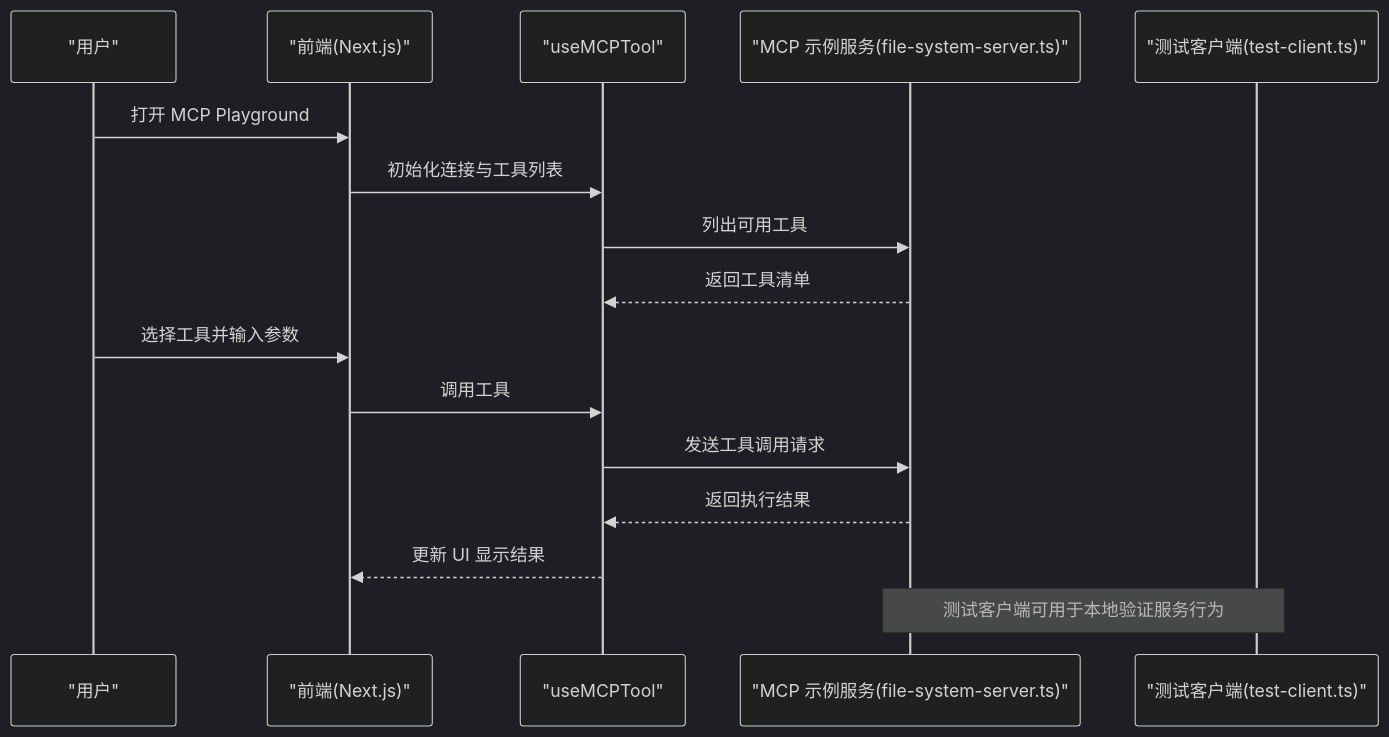
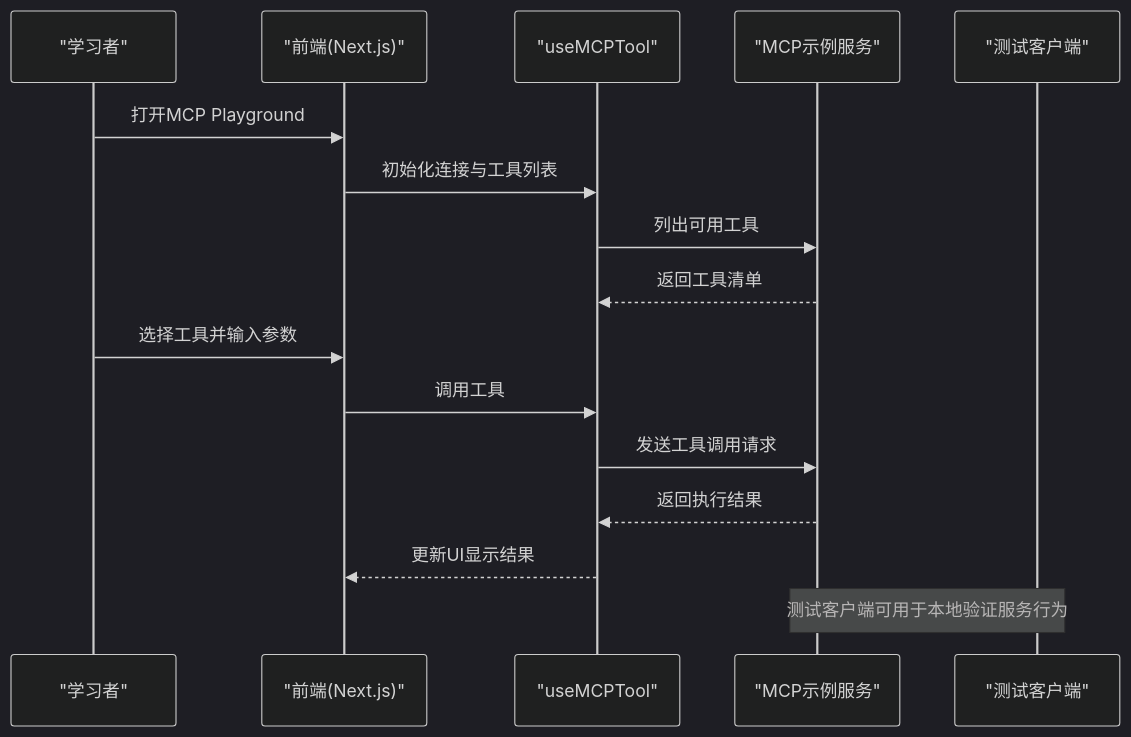
The second of 7 diagrams in .qoder/repowiki/zh/content/项目概览.md (Leslie-Chuan/classic-example), drawn with Mermaid (dark theme) before and after one commit. The commit also changed other lines of this file and 45 other files, not shown here.

````diff
--- a/.qoder/repowiki/zh/content/项目概览.md
+++ b/.qoder/repowiki/zh/content/项目概览.md
@@ -135,18 +154,18 @@
 ```mermaid
 sequenceDiagram
-participant U as "用户"
+participant U as "学习者"
 participant FE as "前端(Next.js)"
 participant Hook as "useMCPTool"
-participant Srv as "MCP 示例服务(file-system-server.ts)"
-participant CL as "测试客户端(test-client.ts)"
-U->>FE : 打开 MCP Playground
+participant Srv as "MCP示例服务"
+participant CL as "测试客户端"
+U->>FE : 打开MCP Playground
 FE->>Hook : 初始化连接与工具列表
 Hook->>Srv : 列出可用工具
 Srv-->>Hook : 返回工具清单
 U->>FE : 选择工具并输入参数
 FE->>Hook : 调用工具
 Hook->>Srv : 发送工具调用请求
 Srv-->>Hook : 返回执行结果
-Hook-->>FE : 更新 UI 显示结果
+Hook-->>FE : 更新UI显示结果
 Note over CL,Srv : 测试客户端可用于本地验证服务行为
 ```
````
